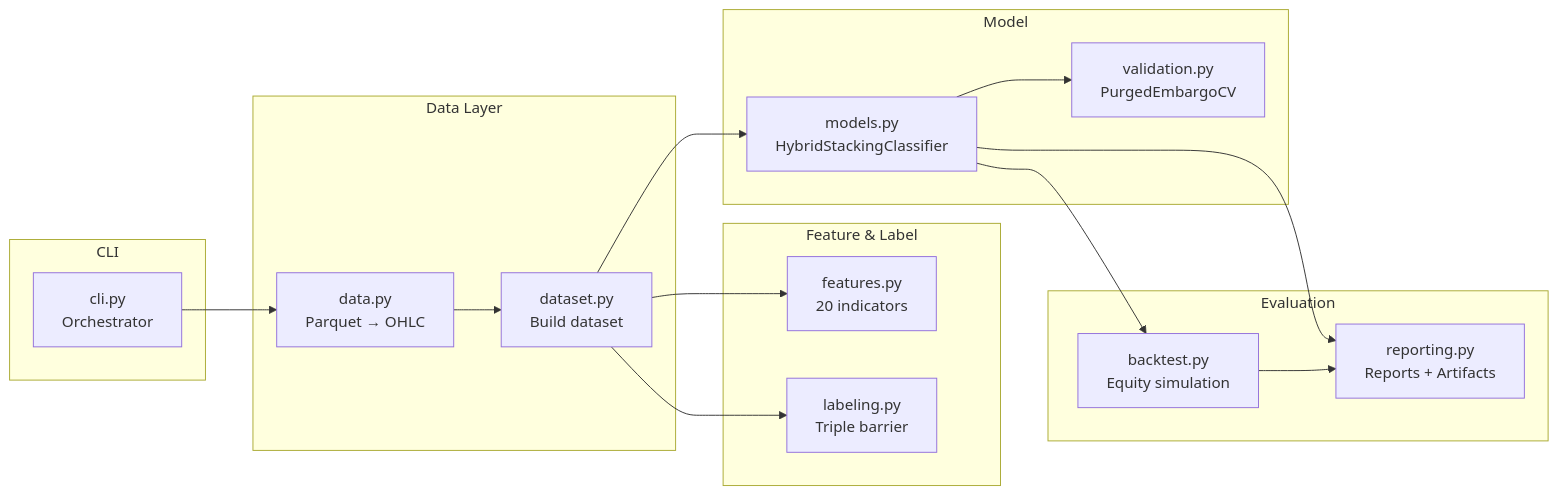
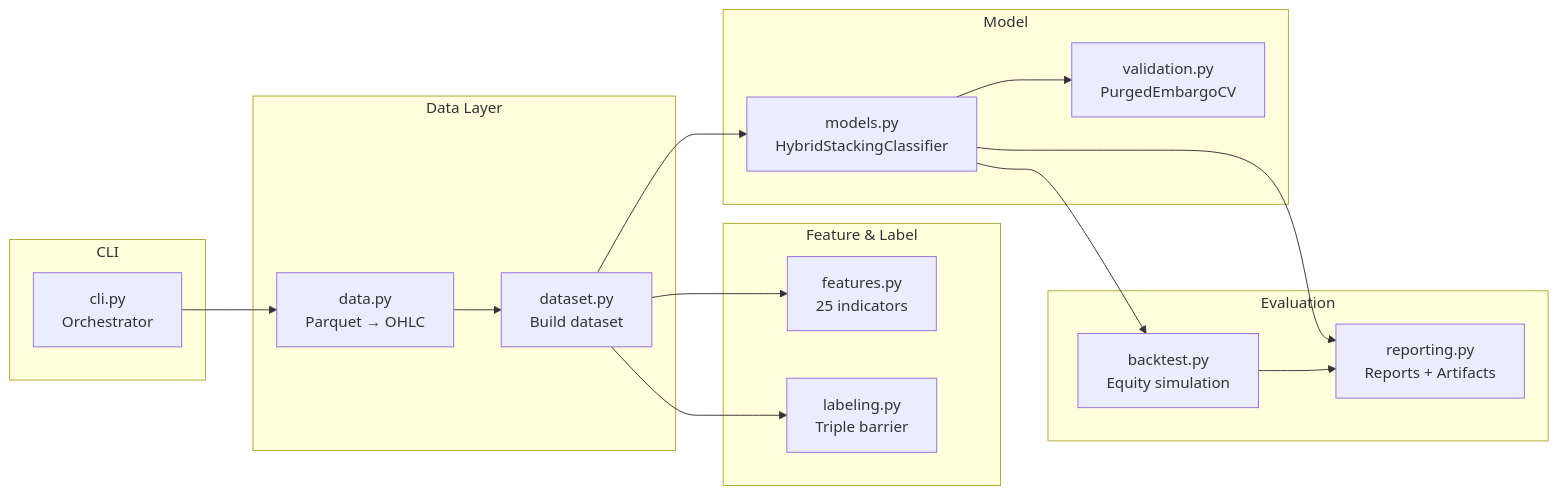
Before and after one commit to ultimateBroK/thesis-compact: the second of 2 diagrams in docs/architecture-overview.md, drawn with Mermaid. The commit also changed other lines of this file and 16 other files, not shown here.

First line of the commit message:
refactor: rename hybrid_stacking → src, add session features to docs, fix mermaid parse error

````diff
--- a/docs/architecture-overview.md
+++ b/docs/architecture-overview.md
@@ -36,36 +36,36 @@
 ```mermaid
 graph LR
     subgraph CLI
         cli["cli.py<br/>Orchestrator"]
     end
 
     subgraph "Data Layer"
         data["data.py<br/>Parquet → OHLC"]
         dataset["dataset.py<br/>Build dataset"]
     end
 
     subgraph "Feature & Label"
-        features["features.py<br/>20 indicators"]
+        features["features.py<br/>25 indicators"]
         labeling["labeling.py<br/>Triple barrier"]
     end
 
     subgraph "Model"
         validation["validation.py<br/>PurgedEmbargoCV"]
         models["models.py<br/>HybridStackingClassifier"]
     end
 
     subgraph "Evaluation"
         backtest["backtest.py<br/>Equity simulation"]
         reporting["reporting.py<br/>Reports + Artifacts"]
     end
 
     cli --> data
     data --> dataset
     dataset --> features
     dataset --> labeling
     dataset --> models
     models --> validation
     models --> backtest
     models --> reporting
     backtest --> reporting
 ```
````
